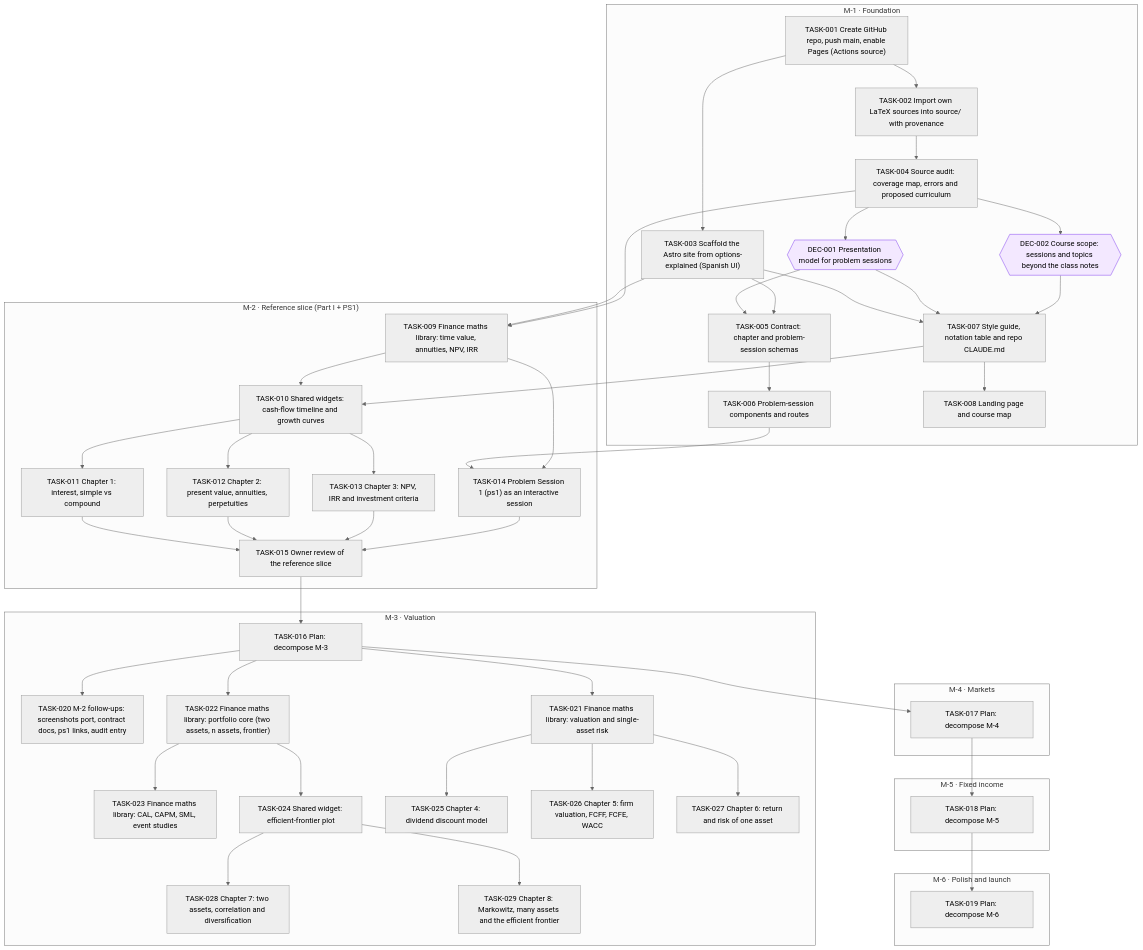
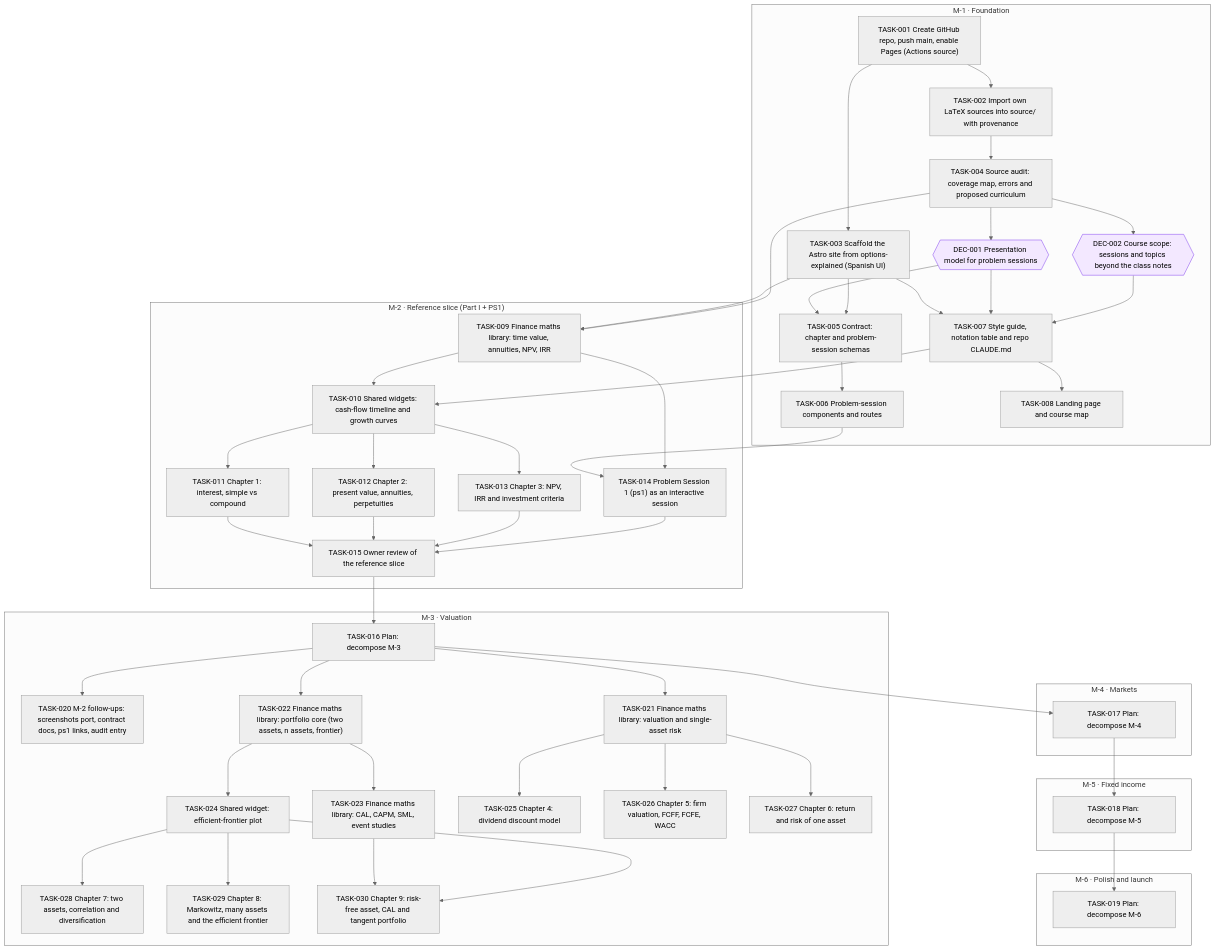
Before and after one commit to jesusvillota/economia-financiera: the diagram in goals/course-site/README.md, drawn with Mermaid (neutral theme). The commit also changed 1 other file, not shown here.

Commit message:
goal(course-site): add TASK-030 Chapter 9: risk-free asset, CAL and tangent portfolio

```diff
--- a/goals/course-site/README.md
+++ b/goals/course-site/README.md
@@ -67,6 +67,7 @@
     TASK_027["TASK-027 Chapter 6: return and risk of one asset"]
     TASK_028["TASK-028 Chapter 7: two assets, correlation and diversification"]
     TASK_029["TASK-029 Chapter 8: Markowitz, many assets and the efficient frontier"]
+    TASK_030["TASK-030 Chapter 9: risk-free asset, CAL and tangent portfolio"]
   end
   subgraph M_4["M-4 · Markets"]
     TASK_017["TASK-017 Plan: decompose M-4"]
@@ -116,6 +117,8 @@
   TASK_021 --> TASK_027
   TASK_024 --> TASK_028
   TASK_024 --> TASK_029
+  TASK_023 --> TASK_030
+  TASK_024 --> TASK_030
   classDef draft stroke-dasharray: 4 3
   classDef cancelled opacity:0.45
   classDef decision fill:#f3e8ff,stroke:#7c3aed
```
